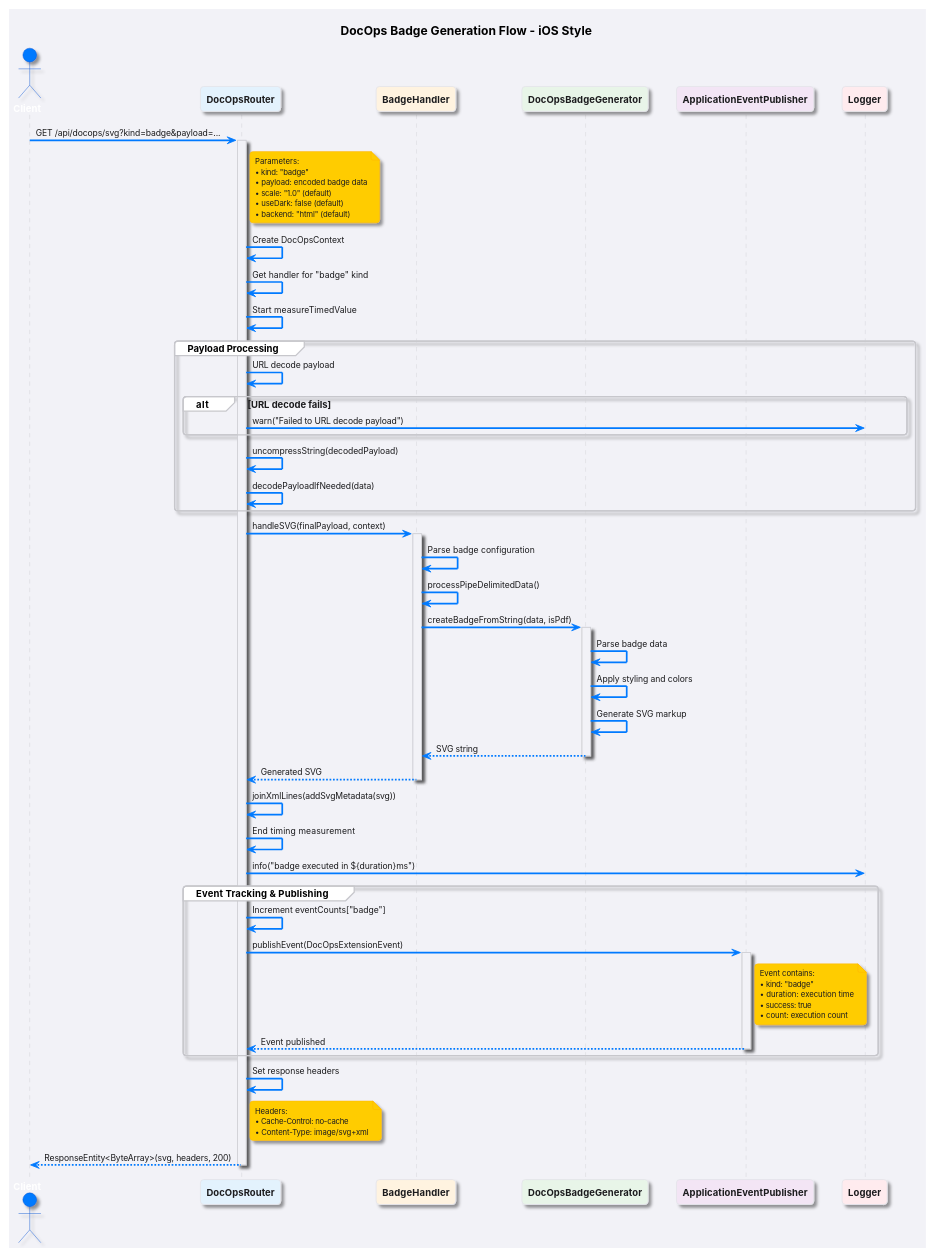
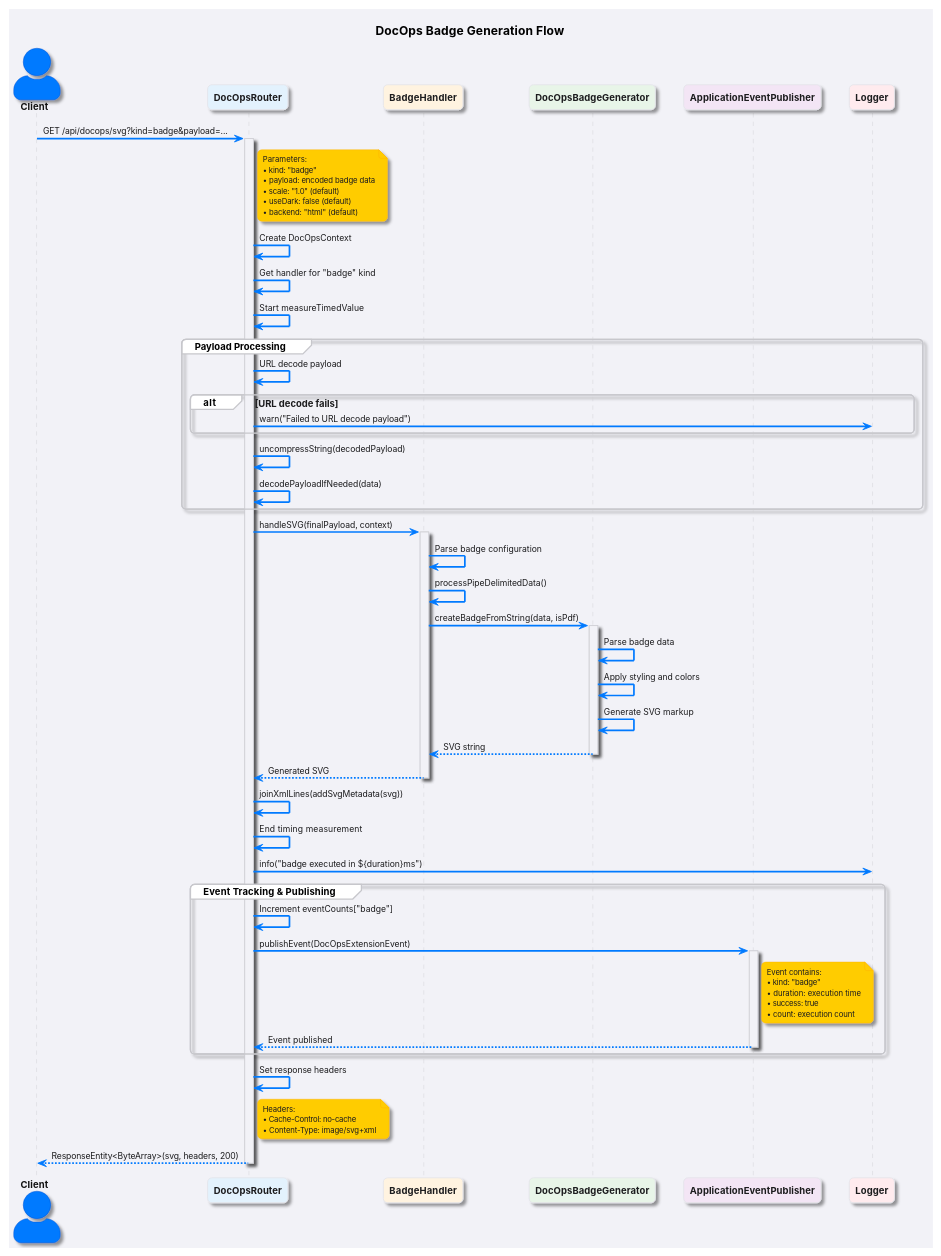
The diagram in src/docs/asciidoc/arch.adoc (docops-info/docops-extension-sever), drawn with PlantUML before and after one commit.

Commit message:
Add documentation for modern pie chart macro.
- Updated `piechart.adoc` to include details about the new `pie` macro for animated pie charts.
- Documented syntax, parameters (`baseColor`, `outlineColor`, `scale`, `useDark`), and data formats (tabular, JSON).
- Provided usage examples for alignment, dark mode, and complex configurations.
- Enhanced HTML outputs to reflect new `pie` chart type and its display options.

```diff
--- a/src/docs/asciidoc/arch.adoc
+++ b/src/docs/asciidoc/arch.adoc
@@ -22,8 +22,9 @@
 @startuml
 ' iOS Modern Theme
 skinparam backgroundColor #F2F2F7
-skinparam DefaultFontName SF Pro Display
+skinparam DefaultFontName "SF Pro Display"
 skinparam DefaultFontSize 11
+skinparam actorStyle awesome
 
 ' iOS Color Palette
 skinparam participant {
@@ -46,7 +47,7 @@
 skinparam actor {
     BackgroundColor #007AFF
     BorderColor #0051D0
-    FontColor white
+    FontColor #111111
     FontStyle bold
 }
 
@@ -63,7 +64,7 @@
     FontColor #1C1C1E
     FontStyle bold
 }
-skinparam roundcorner 8
+skinparam roundcorner 10
 skinparam shadowing true
 skinparam participant {
     BackgroundColor #FFFFFF
@@ -71,7 +72,7 @@
     BorderThickness 1
 }
 
-title DocOps Badge Generation Flow - iOS Style
+title DocOps Badge Generation Flow
 
 actor Client as C
 participant "DocOpsRouter" as Router #E3F2FD
```
